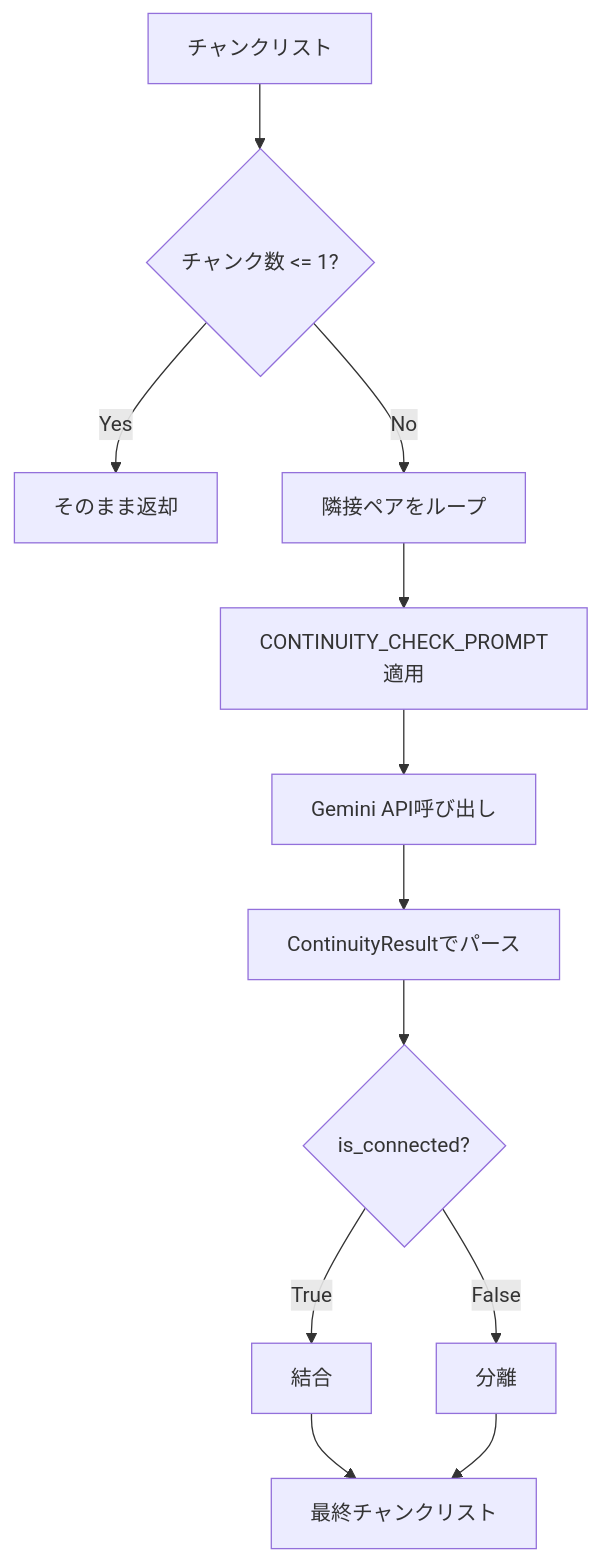
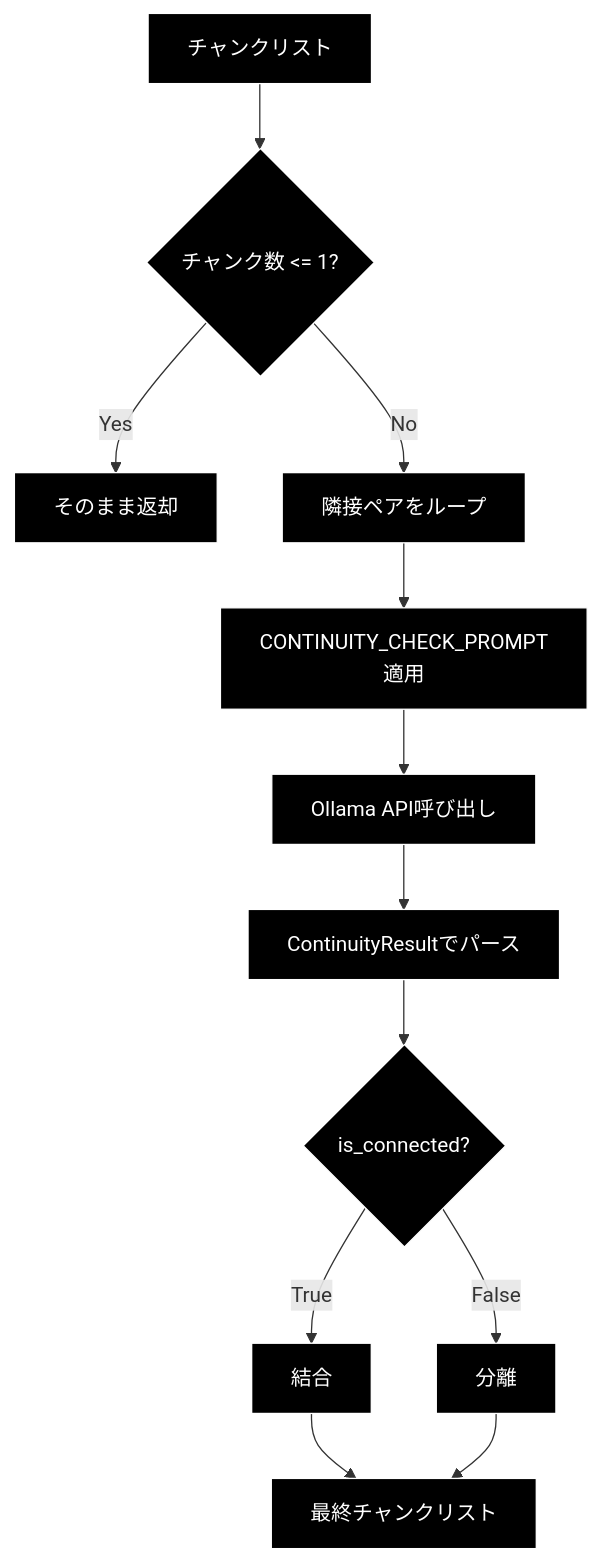
One commit to nakashima2toshio/ollama_grace_agent_v2 changed the sixth of 9 diagrams in chunking/doc/step1_2_3.md. Above: the diagram before and after it, drawn with Mermaid. The commit also changed other lines of this file and 13 other files, not shown here.

First line of the commit message:
chunking: Ollama ネイティブ化（コード/コメント/ドキュメントの Gemini→Ollama 全面置換）

````diff
--- a/chunking/doc/step1_2_3.md
+++ b/chunking/doc/step1_2_3.md
@@ -399,26 +423,29 @@
 ```mermaid
 flowchart TB
     INPUT[チャンクリスト]
     CHECK{チャンク数 <= 1?}
     RETURN_EARLY[そのまま返却]
     LOOP[隣接ペアをループ]
     PROMPT[CONTINUITY_CHECK_PROMPT適用]
-    API[Gemini API呼び出し]
+    API[Ollama API呼び出し]
     PARSE[ContinuityResultでパース]
     JUDGE{is_connected?}
     MERGE[結合]
     SEPARATE[分離]
     OUTPUT[最終チャンクリスト]
 
     INPUT --> CHECK
     CHECK -->|Yes| RETURN_EARLY
     CHECK -->|No| LOOP
     LOOP --> PROMPT
     PROMPT --> API
     API --> PARSE
     PARSE --> JUDGE
     JUDGE -->|True| MERGE
     JUDGE -->|False| SEPARATE
     MERGE --> OUTPUT
     SEPARATE --> OUTPUT
+classDef default fill:#000,stroke:#fff,color:#fff
+classDef subgraphStyle fill:#1a1a1a,stroke:#fff,color:#fff
+class INPUT,CHECK,RETURN_EARLY,LOOP,PROMPT,API,PARSE,JUDGE,MERGE,SEPARATE,OUTPUT default
 ```
````
